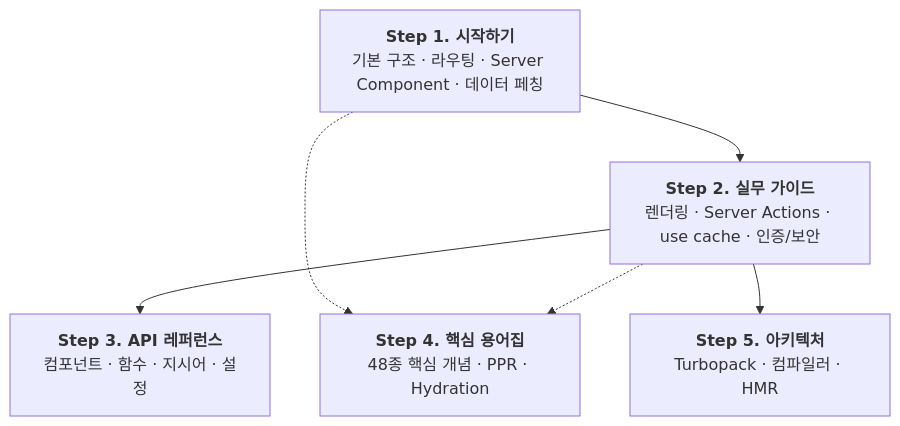
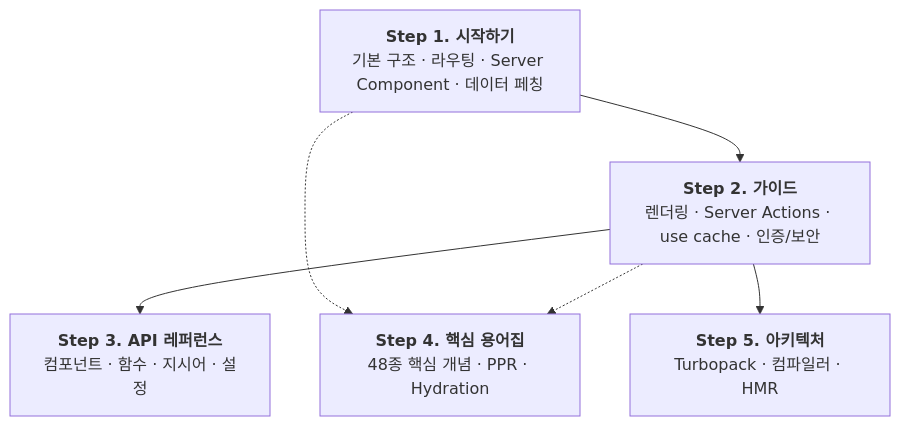
Before and after one commit to Junyong34/nextjs-ko-study-lab: the diagram in nextjs-docs/README.md, drawn with Mermaid. The commit also changed other lines of this file and 9 other files, not shown here.

````diff
--- a/nextjs-docs/README.md
+++ b/nextjs-docs/README.md
@@ -9,14 +9,14 @@
 ```mermaid
 flowchart TD
     Step1["<b>Step 1. 시작하기</b><br/>기본 구조 · 라우팅 · Server Component · 데이터 페칭"]
-    Step2["<b>Step 2. 실무 가이드</b><br/>렌더링 · Server Actions · use cache · 인증/보안"]
+    Step2["<b>Step 2. 가이드</b><br/>렌더링 · Server Actions · use cache · 인증/보안"]
     Step3["<b>Step 3. API 레퍼런스</b><br/>컴포넌트 · 함수 · 지시어 · 설정"]
     Step4["<b>Step 4. 핵심 용어집</b><br/>48종 핵심 개념 · PPR · Hydration"]
     Step5["<b>Step 5. 아키텍처</b><br/>Turbopack · 컴파일러 · HMR"]
 
     Step1 --> Step2
     Step2 --> Step3
     Step1 -.-> Step4
     Step2 -.-> Step4
     Step2 --> Step5
 ```
````
